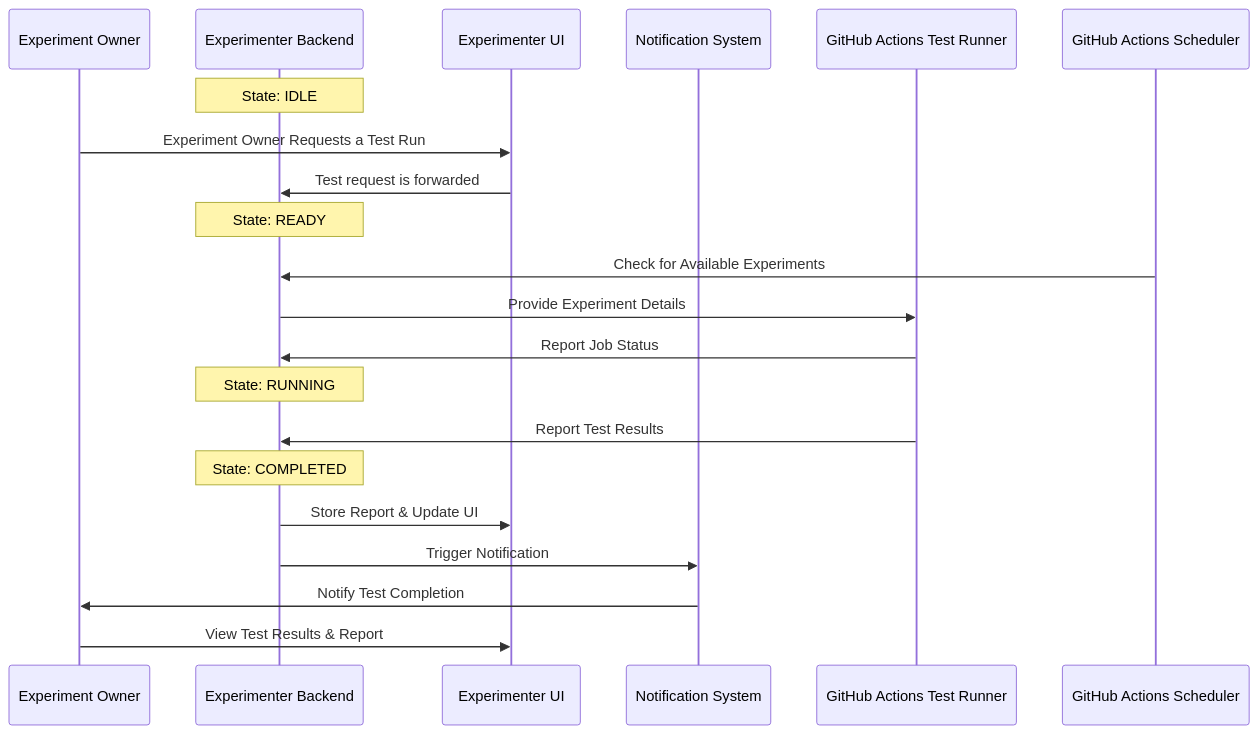
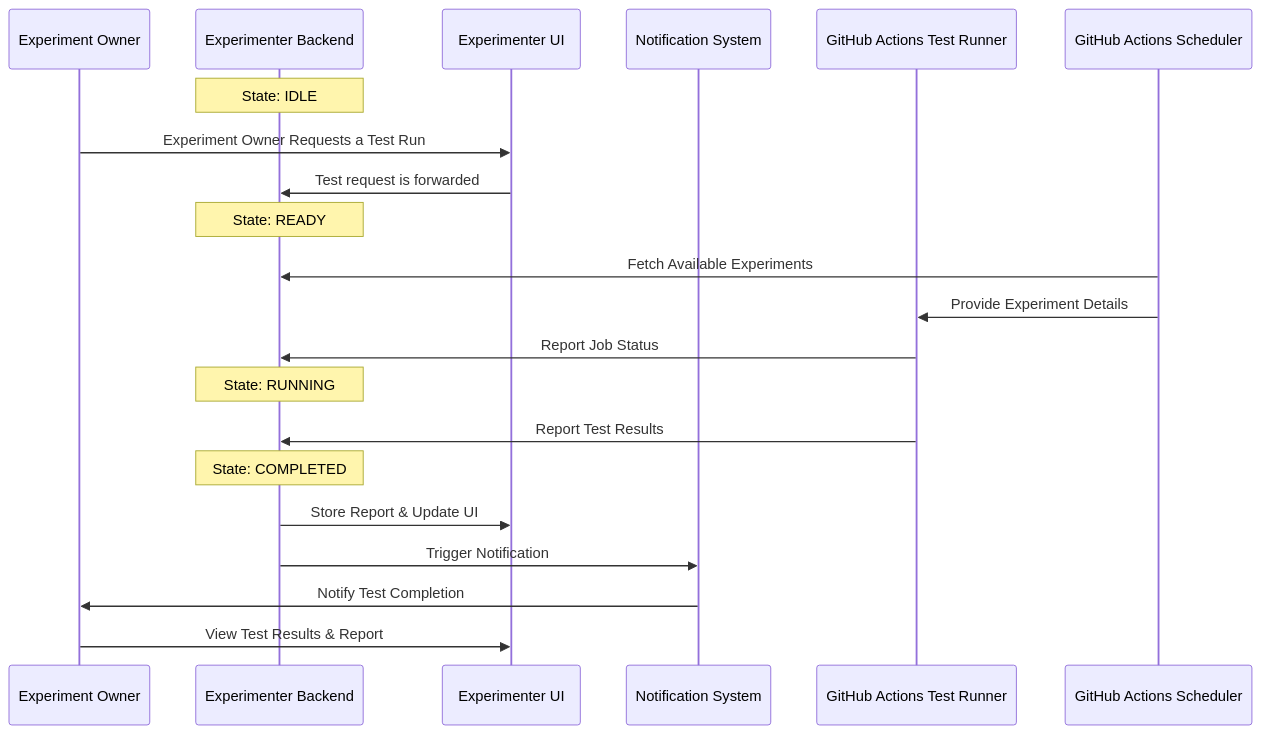
The second of 5 diagrams in docs/sequences.md (mozilla/klaatu), drawn with Mermaid before and after one commit. The commit also changed other lines of this file, not shown here.

Commit message:
Remove extra diagrams and redo flows.

````diff
--- a/docs/sequences.md
+++ b/docs/sequences.md
@@ -55,25 +28,25 @@
 ```mermaid
     sequenceDiagram
         
         participant Experiment Owner
         participant Experimenter Backend
         participant Experimenter UI
         participant Notification System
         participant GitHub Actions Test Runner
         participant GitHub Actions Scheduler
 
         Note over Experimenter Backend: State: IDLE
         Experiment Owner ->> Experimenter UI: Experiment Owner Requests a Test Run
         Experimenter UI ->> Experimenter Backend: Test request is forwarded
         Note over Experimenter Backend: State: READY
-        GitHub Actions Scheduler ->> Experimenter Backend: Check for Available Experiments
-        Experimenter Backend ->> GitHub Actions Test Runner: Provide Experiment Details
+        GitHub Actions Scheduler ->> Experimenter Backend: Fetch Available Experiments
+        GitHub Actions Scheduler ->> GitHub Actions Test Runner: Provide Experiment Details
         GitHub Actions Test Runner ->> Experimenter Backend: Report Job Status
         Note over Experimenter Backend: State: RUNNING
         GitHub Actions Test Runner ->> Experimenter Backend: Report Test Results
         Note over Experimenter Backend: State: COMPLETED
         Experimenter Backend ->> Experimenter UI: Store Report & Update UI
         Experimenter Backend ->> Notification System: Trigger Notification
         Notification System ->> Experiment Owner: Notify Test Completion
         Experiment Owner ->> Experimenter UI: View Test Results & Report
 ```
````
